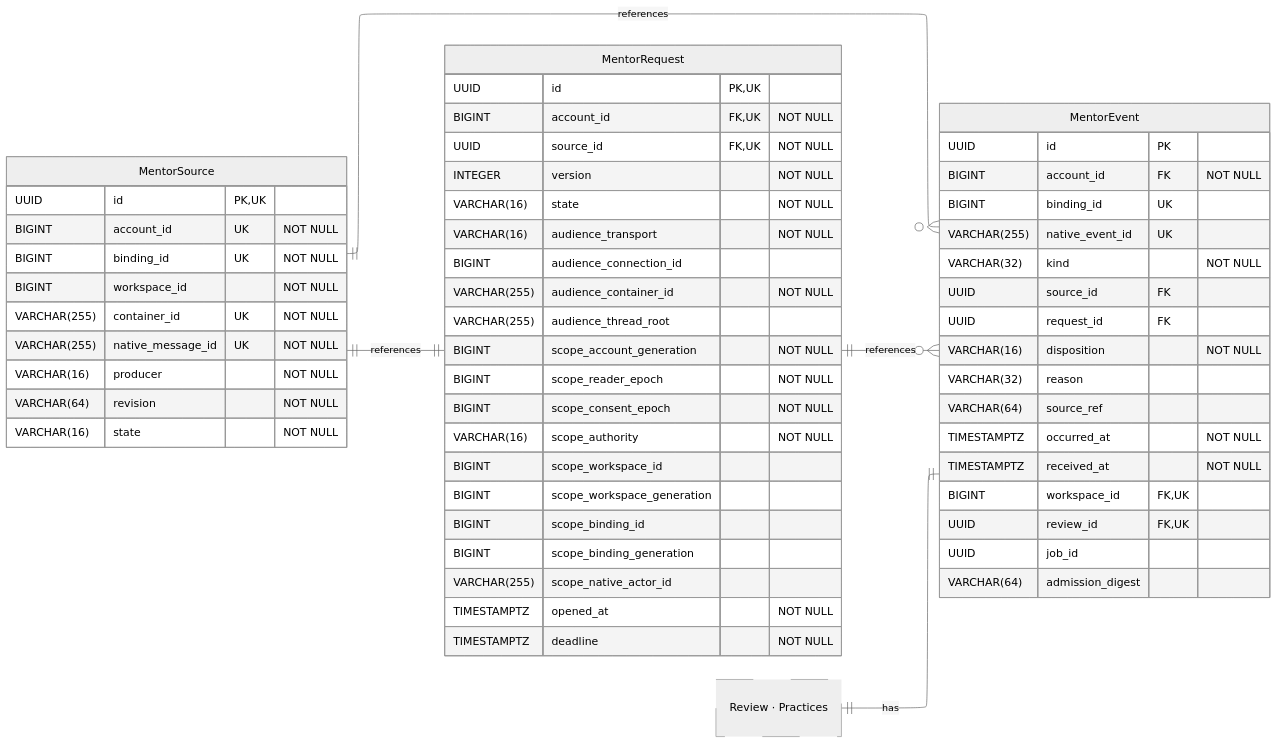
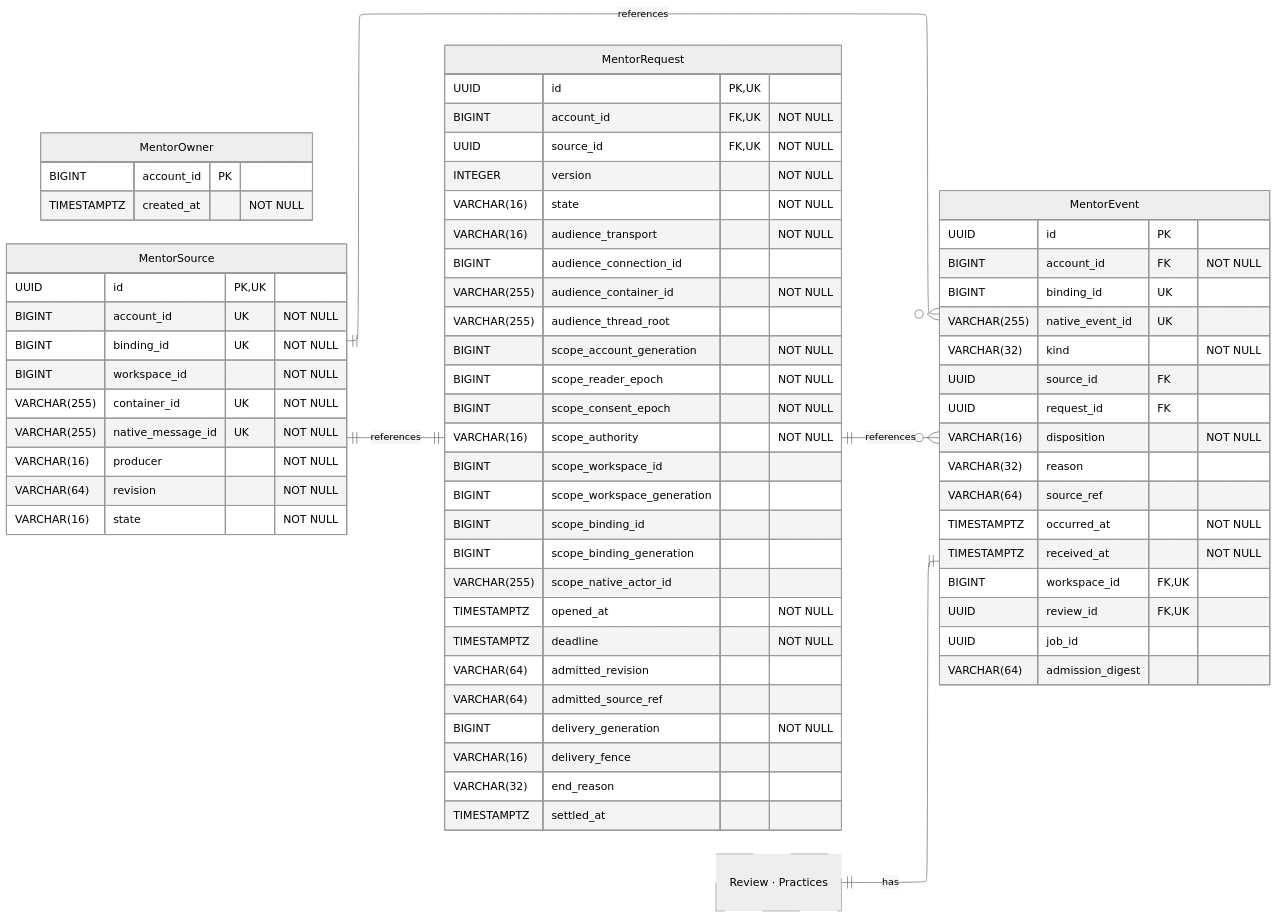
One commit to hephaestus-build/Hephaestus changed the diagram in docs/contributor/erd/mentor.mmd. Above: the diagram before and after it, drawn with Mermaid (neutral theme). The commit also changed 15 other files, not shown here.

```diff
--- a/docs/contributor/erd/mentor.mmd
+++ b/docs/contributor/erd/mentor.mmd
@@ -1,83 +1,94 @@
 ---
 config:
     layout: elk
 ---
 erDiagram
     %% Generated automatically from PostgreSQL database schema
     %% using scripts/generate-mermaid-erd.ts
     %% To regenerate: vp run db:generate-erd-docs
 
     direction LR
 
     MentorEvent {
         UUID id PK
         BIGINT account_id FK "NOT NULL"
         BIGINT binding_id UK
         VARCHAR(255) native_event_id UK
         VARCHAR(32) kind "NOT NULL"
         UUID source_id FK
         UUID request_id FK
         VARCHAR(16) disposition "NOT NULL"
         VARCHAR(32) reason
         VARCHAR(64) source_ref
         TIMESTAMPTZ occurred_at "NOT NULL"
         TIMESTAMPTZ received_at "NOT NULL"
         BIGINT workspace_id FK,UK
         UUID review_id FK,UK
         UUID job_id
         VARCHAR(64) admission_digest
     }
 
+    MentorOwner {
+        BIGINT account_id PK
+        TIMESTAMPTZ created_at "NOT NULL"
+    }
+
     MentorRequest {
         UUID id PK,UK
         BIGINT account_id FK,UK "NOT NULL"
         UUID source_id FK,UK "NOT NULL"
         INTEGER version "NOT NULL"
         VARCHAR(16) state "NOT NULL"
         VARCHAR(16) audience_transport "NOT NULL"
         BIGINT audience_connection_id
         VARCHAR(255) audience_container_id "NOT NULL"
         VARCHAR(255) audience_thread_root
         BIGINT scope_account_generation "NOT NULL"
         BIGINT scope_reader_epoch "NOT NULL"
         BIGINT scope_consent_epoch "NOT NULL"
         VARCHAR(16) scope_authority "NOT NULL"
         BIGINT scope_workspace_id
         BIGINT scope_workspace_generation
         BIGINT scope_binding_id
         BIGINT scope_binding_generation
         VARCHAR(255) scope_native_actor_id
         TIMESTAMPTZ opened_at "NOT NULL"
         TIMESTAMPTZ deadline "NOT NULL"
+        VARCHAR(64) admitted_revision
+        VARCHAR(64) admitted_source_ref
+        BIGINT delivery_generation "NOT NULL"
+        VARCHAR(16) delivery_fence
+        VARCHAR(32) end_reason
+        TIMESTAMPTZ settled_at
     }
 
     MentorSource {
         UUID id PK,UK
         BIGINT account_id UK "NOT NULL"
         BIGINT binding_id UK "NOT NULL"
         BIGINT workspace_id "NOT NULL"
         VARCHAR(255) container_id UK "NOT NULL"
         VARCHAR(255) native_message_id UK "NOT NULL"
         VARCHAR(16) producer "NOT NULL"
         VARCHAR(64) revision "NOT NULL"
         VARCHAR(16) state "NOT NULL"
     }
 
     Review["Review · Practices"]
 
     %% Relationships
     %% One-to-One relationships
     Review ||--|| MentorEvent : has
     MentorSource ||--|| MentorRequest : references
 
     %% One-to-Many relationships
     MentorRequest ||--o{ MentorEvent : references
     MentorSource ||--o{ MentorEvent : references
 
     %% Styling
     classDef primaryEntity stroke-width:2px
     classDef associationEntity stroke-width:1px
     classDef metadataEntity stroke-width:1px
     classDef referenceEntity stroke-dasharray:5 5
 
     class Review referenceEntity
```
